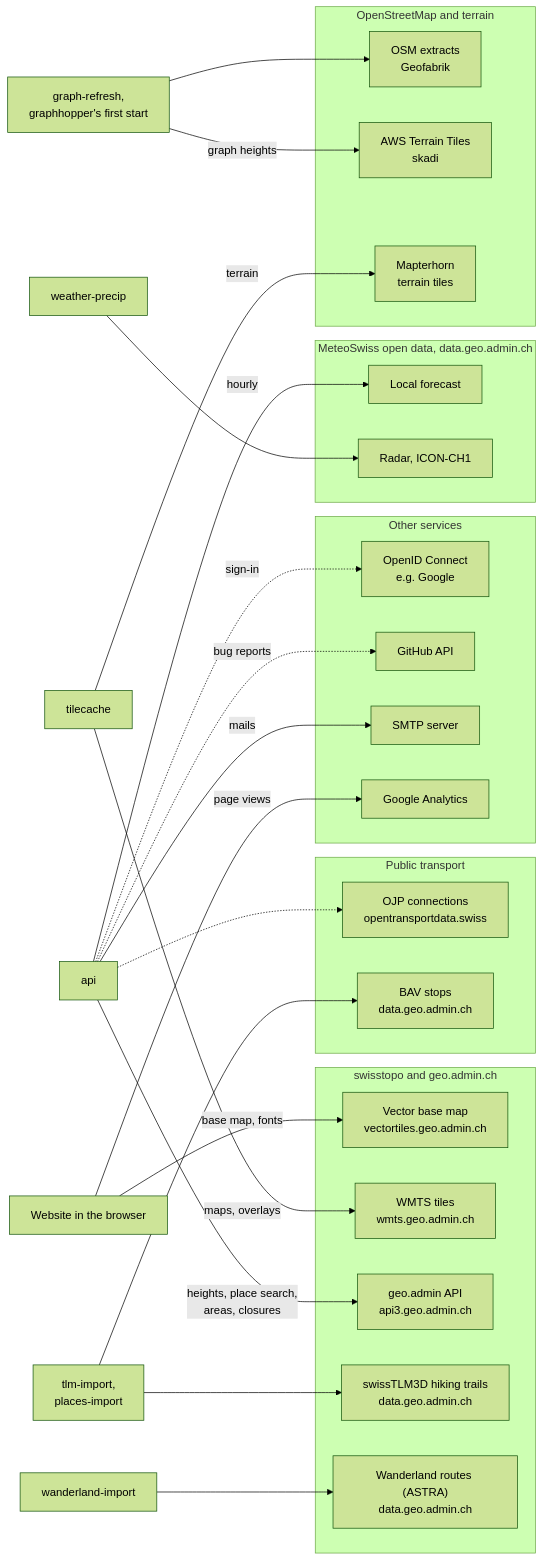
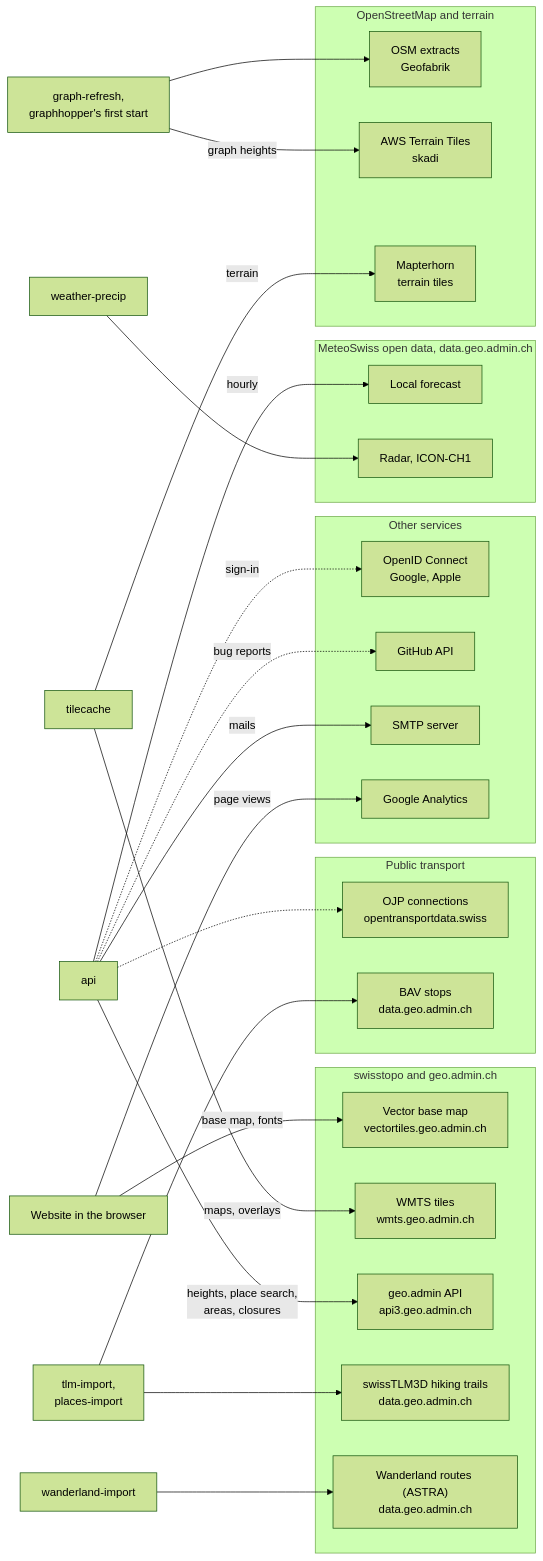
Before and after one commit to tellbow/alvyo: the second of 3 diagrams in docs/architecture.md, drawn with Mermaid (forest theme). The commit also changed other lines of this file and 46 other files, not shown here.

````diff
--- a/docs/architecture.md
+++ b/docs/architecture.md
@@ -111,58 +111,58 @@
 ```mermaid
 flowchart LR
   browser["Website in the browser"]
   api["api"]
   tiles["tilecache"]
   refresh["graph-refresh,<br/>graphhopper's first start"]
   imports["tlm-import,<br/>places-import"]
   wanderland["wanderland-import"]
   precip["weather-precip"]
 
   subgraph swisstopo["swisstopo and geo.admin.ch"]
     vt["Vector base map<br/>vectortiles.geo.admin.ch"]
     wmts["WMTS tiles<br/>wmts.geo.admin.ch"]
     api3["geo.admin API<br/>api3.geo.admin.ch"]
     tlm["swissTLM3D hiking trails<br/>data.geo.admin.ch"]
     wl["Wanderland routes (ASTRA)<br/>data.geo.admin.ch"]
   end
 
   subgraph meteo["MeteoSwiss open data, data.geo.admin.ch"]
     forecast["Local forecast"]
     radar["Radar, ICON-CH1"]
   end
 
   subgraph transport["Public transport"]
     ojp["OJP connections<br/>opentransportdata.swiss"]
     bav["BAV stops<br/>data.geo.admin.ch"]
   end
 
   subgraph terrain["OpenStreetMap and terrain"]
     geofabrik["OSM extracts<br/>Geofabrik"]
     skadi["AWS Terrain Tiles<br/>skadi"]
     mapterhorn["Mapterhorn<br/>terrain tiles"]
   end
 
   subgraph services["Other services"]
-    oidc["OpenID Connect<br/>e.g. Google"]
+    oidc["OpenID Connect<br/>Google, Apple"]
     github["GitHub API"]
     smtp["SMTP server"]
     ga["Google Analytics"]
   end
 
   browser -- "base map, fonts" --> vt
   browser -- "page views" --> ga
   tiles -- "maps, overlays" --> wmts
   tiles -- "terrain" --> mapterhorn
   api -- "heights, place search,<br/>areas, closures" --> api3
   api -- "hourly" --> forecast
   api -.-> ojp
   api -. "sign-in" .-> oidc
   api -. "bug reports" .-> github
   api -- "mails" --> smtp
   refresh --> geofabrik
   refresh -- "graph heights" --> skadi
   imports --> tlm
   imports --> bav
   wanderland --> wl
   precip --> radar
 ```
````
